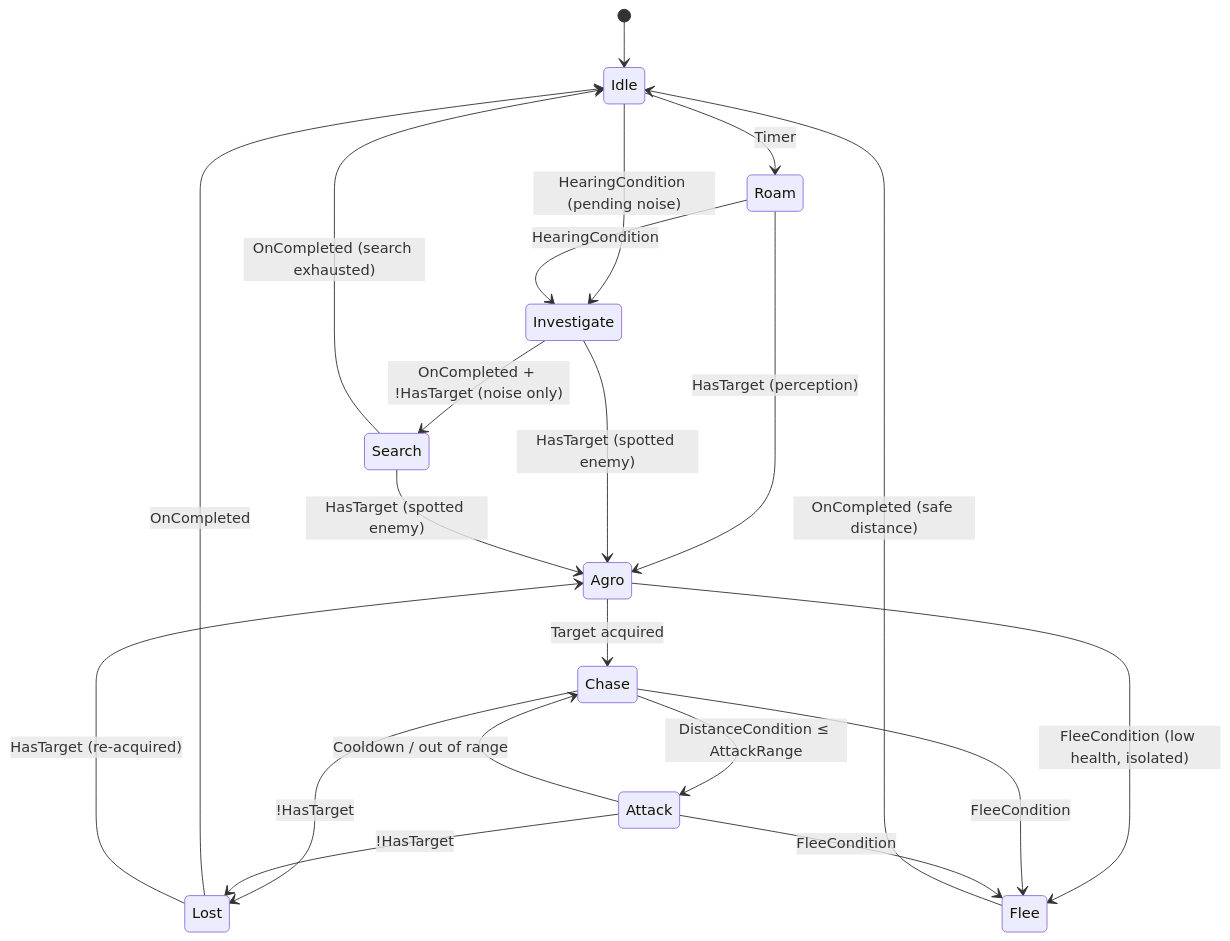
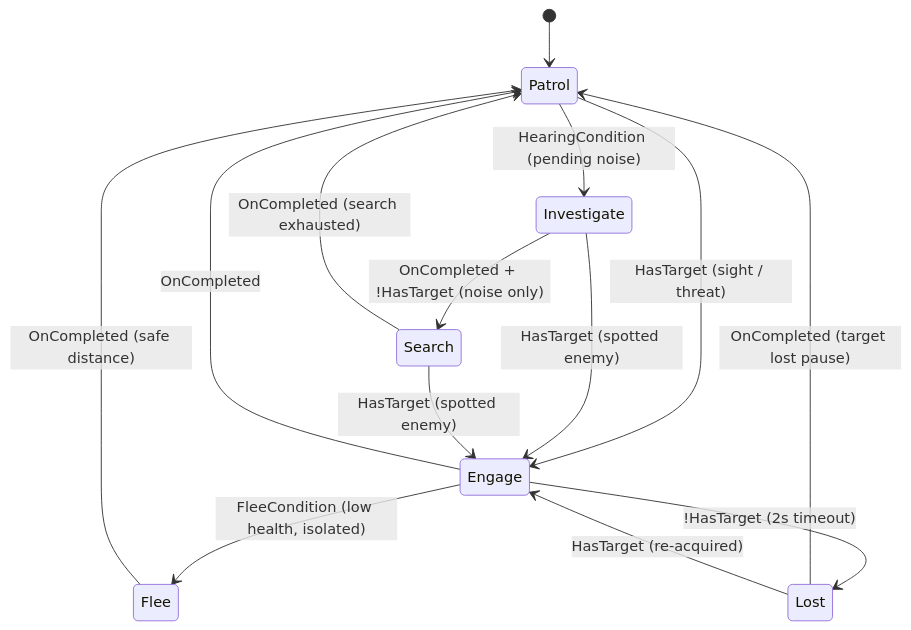
The first of 2 diagrams in Docs/AI/NPC_AI_System.md (maximoh-mmo/PortfolioTutorial), drawn with Mermaid before and after one commit. The commit also changed other lines of this file and 31 other files, not shown here.

````diff
--- a/Docs/AI/NPC_AI_System.md
+++ b/Docs/AI/NPC_AI_System.md
@@ -149,32 +153,22 @@
 ```mermaid
 stateDiagram-v2
-    [*] --> Idle
+    [*] --> Patrol
 
-    Idle --> Roam: Timer
-    Idle --> Investigate: HearingCondition (pending noise)
+    Patrol --> Investigate: HearingCondition (pending noise)
+    Patrol --> Engage: HasTarget (sight / threat)
 
-    Roam --> Agro: HasTarget (perception)
-    Roam --> Investigate: HearingCondition
+    Investigate --> Search: OnCompleted + !HasTarget (noise only)
+    Investigate --> Engage: HasTarget (spotted enemy)
 
-    Agro --> Chase: Target acquired
-    Agro --> Flee: FleeCondition (low health, isolated)
+    Search --> Engage: HasTarget (spotted enemy)
+    Search --> Patrol: OnCompleted (search exhausted)
 
-    Chase --> Attack: DistanceCondition ≤ AttackRange
-    Chase --> Lost: !HasTarget
-    Chase --> Flee: FleeCondition
+    Engage --> Flee: FleeCondition (low health, isolated)
+    Engage --> Lost: !HasTarget (2s timeout)
+    Engage --> Patrol: OnCompleted
 
-    Attack --> Chase: Cooldown / out of range
-    Attack --> Lost: !HasTarget
-    Attack --> Flee: FleeCondition
+    Lost --> Patrol: OnCompleted (target lost pause)
+    Lost --> Engage: HasTarget (re-acquired)
 
-    Lost --> Idle: OnCompleted
-    Lost --> Agro: HasTarget (re-acquired)
-
-    Flee --> Idle: OnCompleted (safe distance)
-
-    Investigate --> Agro: HasTarget (spotted enemy)
-    Investigate --> Search: OnCompleted + !HasTarget (noise only)
-
-    Search --> Agro: HasTarget (spotted enemy)
-    Search --> Idle: OnCompleted (search exhausted)
+    Flee --> Patrol: OnCompleted (safe distance)
 ```
````
